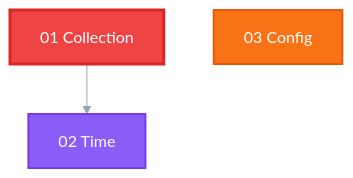
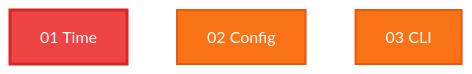
One commit to aacebo/merc changed the second of 2 diagrams in WORKFLOW.md. Above: the diagram before and after it, drawn with Mermaid. The commit also changed other lines of this file and 12 other files, not shown here.

````diff
--- a/WORKFLOW.md
+++ b/WORKFLOW.md
@@ -162,18 +162,14 @@
 ```mermaid
 %%{init: {'theme': 'base', 'themeVariables': { 'primaryColor': '#6366f1', 'primaryTextColor': '#fff', 'lineColor': '#94a3b8', 'background': '#0f172a'}}}%%
 
 flowchart TB
-    P01[01 Collection]
-    P02[02 Time]
-    P03[03 Config]
-
-    P01 --> P02
+    P01[01 Time]
+    P02[02 Config]
+    P03[03 CLI]
 
     classDef next fill:#ef4444,stroke:#dc2626,stroke-width:3px,color:#fff
-    classDef queued fill:#8b5cf6,stroke:#7c3aed,stroke-width:2px,color:#fff
     classDef independent fill:#f97316,stroke:#ea580c,stroke-width:2px,color:#fff
 
     class P01 next
-    class P02 queued
-    class P03 independent
+    class P02,P03 independent
 ```
````
